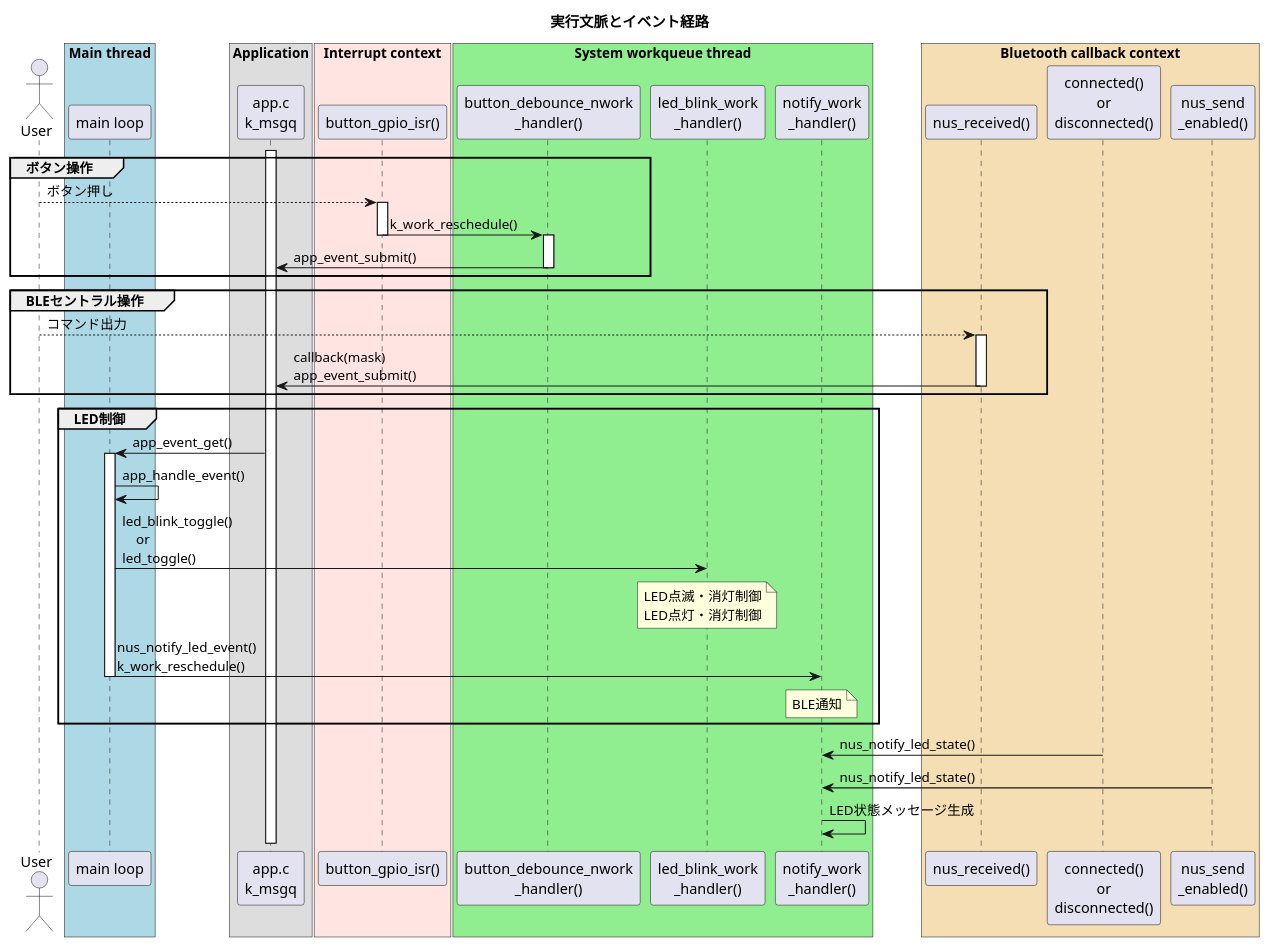
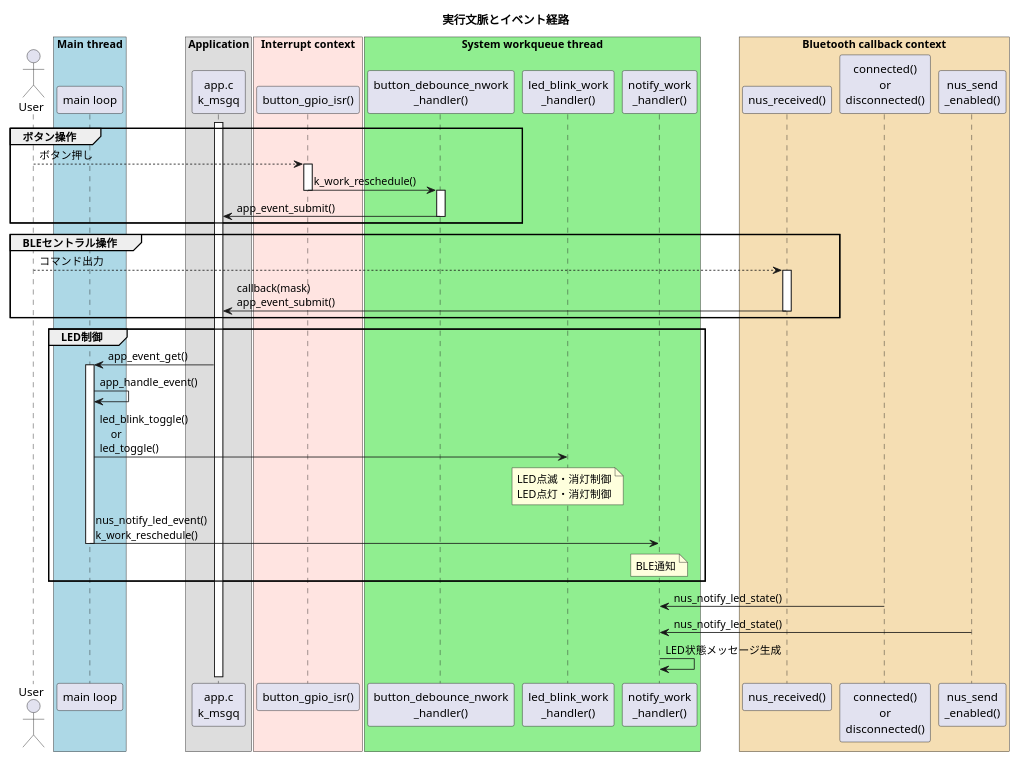
One commit to hayaya8810/nRF52_tutolial changed the second of 6 diagrams in documents/specification.md. Above: the diagram before and after it, drawn with PlantUML. The commit also changed other lines of this file and 5 other files, not shown here.

````diff
--- a/documents/specification.md
+++ b/documents/specification.md
@@ -162,67 +162,68 @@
 ```plantuml
 @startuml
+scale 0.8
 title 実行文脈とイベント経路
 
 actor "User" as Actor
 
 box "Main thread" #LightBlue
   participant "main loop" as Main
 end box
 
 box "Application"
   participant "app.c\nk_msgq" as Queue
 end box
 
 box "Interrupt context" #MistyRose
   participant "button_gpio_isr()" as ISR
 end box
 
 box "System workqueue thread" #LightGreen
   participant "button_debounce_nwork\n_handler()" as Debounce
   participant "led_blink_work\n_handler()" as Blink
   participant "notify_work\n_handler()" as Notify
 end box
 
 box "Bluetooth callback context" #Wheat
   participant "nus_received()" as Rx
   participant "connected()\nor\ndisconnected()" as Conn
   participant "nus_send\n_enabled()" as Ccc
 end box
 
 activate Queue
 
 group ボタン操作
   Actor --> ISR: ボタン押し
   activate ISR
   ISR -> Debounce: k_work_reschedule()
   deactivate ISR
   activate Debounce
   Debounce -> Queue: app_event_submit()
   deactivate Debounce
 end
 group BLEセントラル操作
   Actor --> Rx: コマンド出力
   activate Rx
   Rx -> Queue: callback(mask)\napp_event_submit()
   deactivate Rx
 end
 group LED制御
   Queue -> Main: app_event_get()
   activate Main
   Main -> Main: app_handle_event()
   Main -> Blink: led_blink_toggle()\n    or\nled_toggle()
   note over Blink
     LED点滅・消灯制御
     LED点灯・消灯制御
   end note
   Main -> Notify: nus_notify_led_event()\nk_work_reschedule()
   note over Notify
     BLE通知
   end note
   deactivate Main
 end
 Conn -> Notify: nus_notify_led_state()
 Ccc -> Notify: nus_notify_led_state()
 Notify -> Notify: LED状態メッセージ生成
 @enduml
 ```
````
